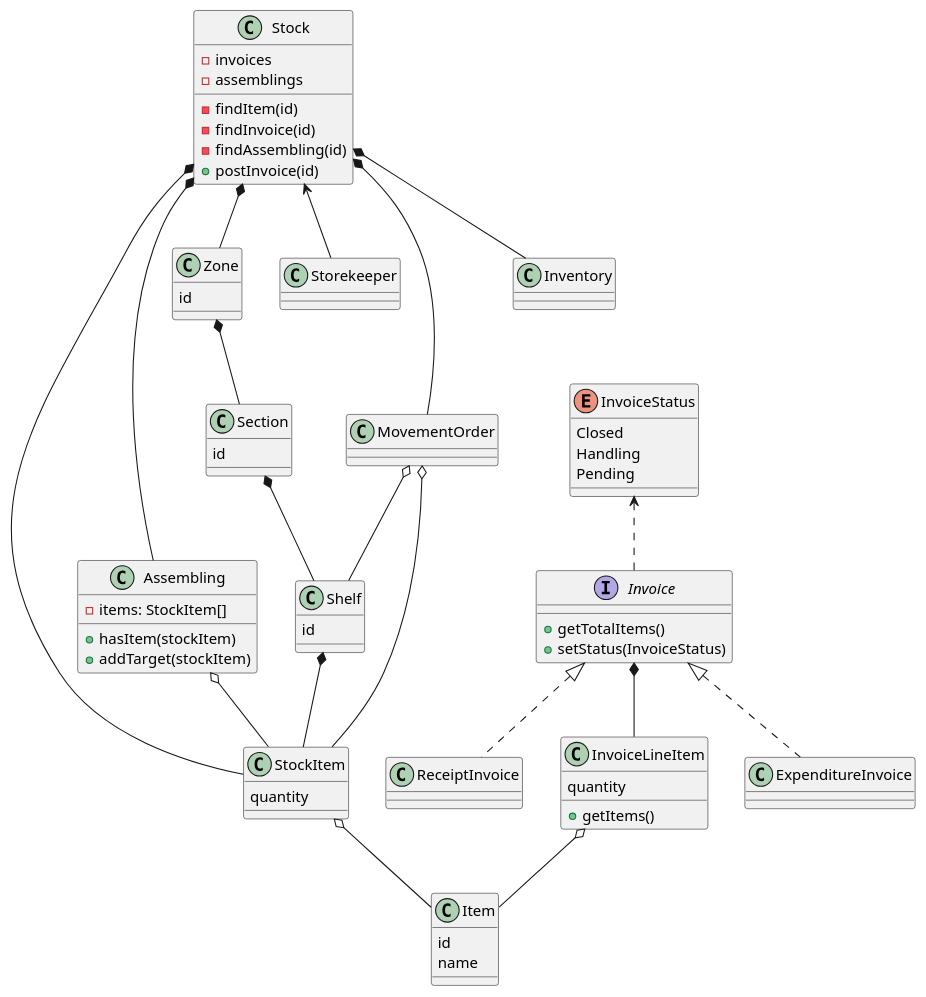
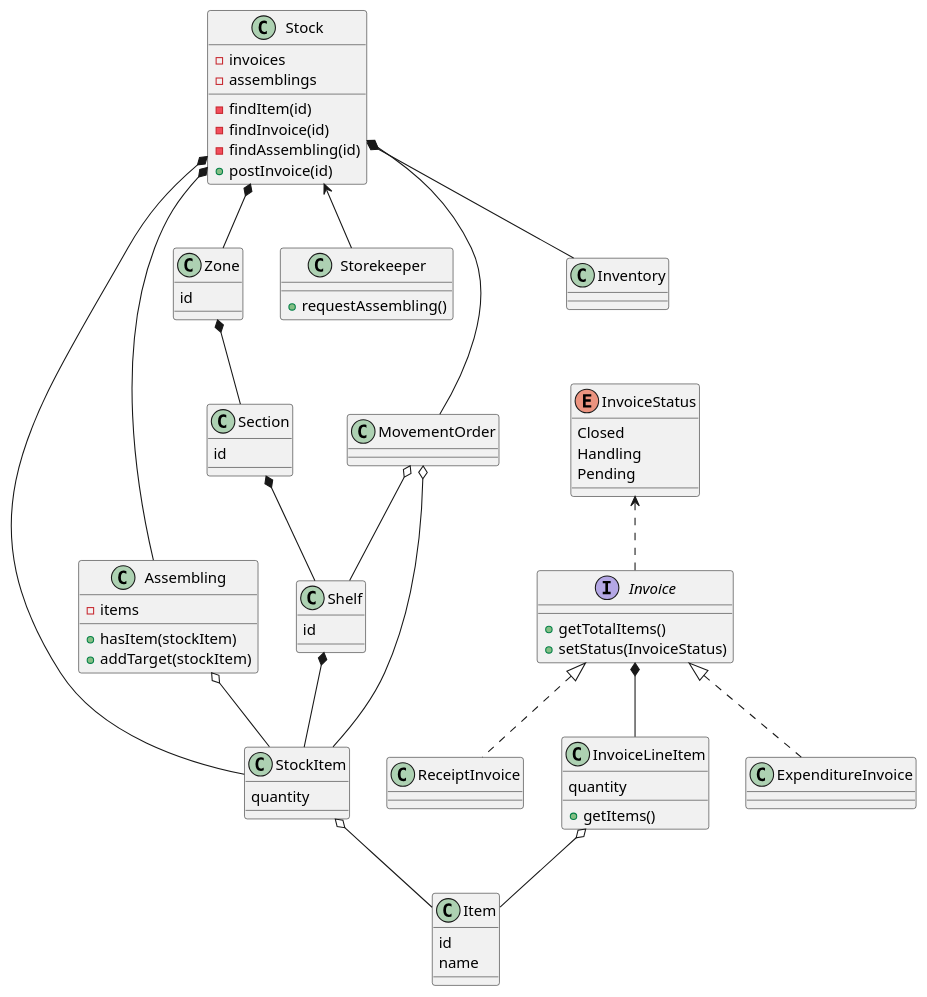
The diagram in warehouse/диаграмма_классов.md (penamarth/bsbo-02-21_team5_var6_sklad), drawn with PlantUML before and after one commit.

```diff
--- a/warehouse/диаграмма_классов.md
+++ b/warehouse/диаграмма_классов.md
@@ -54,10 +54,12 @@
   +getItems()
 }
 
-class Storekeeper {}
+class Storekeeper {
+  +requestAssembling()
+}
 
 class Assembling {
-  -items: StockItem[]
+  -items
   +hasItem(stockItem)
   +addTarget(stockItem)
 }
```
